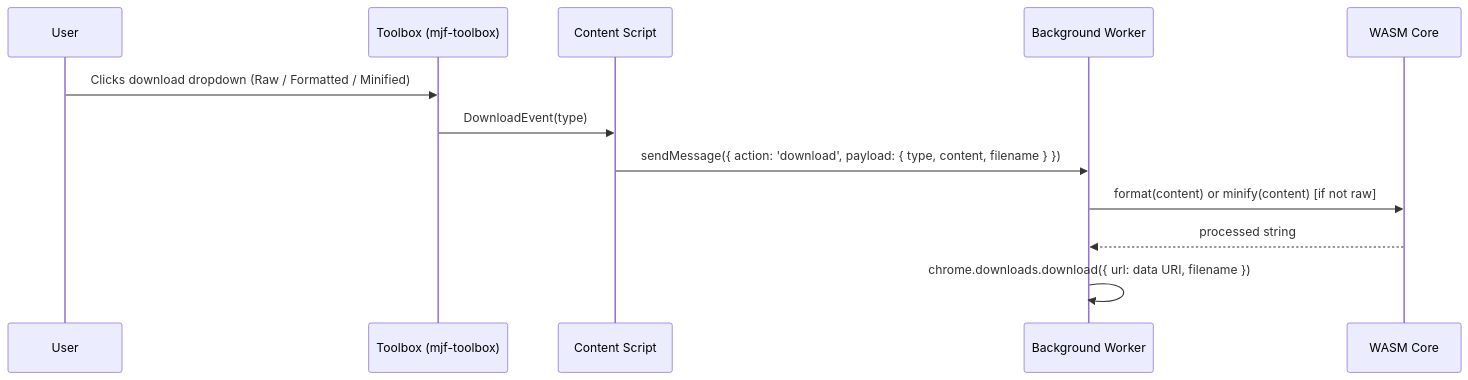
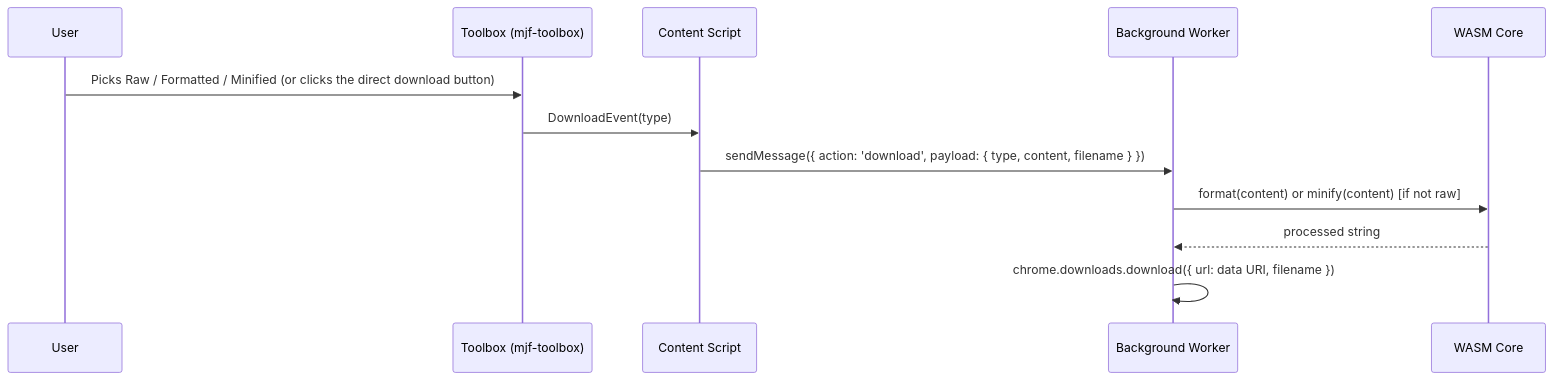
Before and after one commit to evg4b/modern-json-formatter: the fourth of 4 diagrams in CONTRIBUTING.md, drawn with Mermaid. The commit also changed other lines of this file and 20 other files, not shown here.

````diff
--- a/CONTRIBUTING.md
+++ b/CONTRIBUTING.md
@@ -274,14 +298,14 @@
 ```mermaid
 sequenceDiagram
   participant User
   participant TB as Toolbox (mjf-toolbox)
   participant CS as Content Script
   participant BG as Background Worker
   participant Wasm as WASM Core
-  User ->> TB: Clicks download dropdown (Raw / Formatted / Minified)
+  User ->> TB: Picks Raw / Formatted / Minified (or clicks the direct download button)
   TB ->> CS: DownloadEvent(type)
   CS ->> BG: sendMessage({ action: 'download', payload: { type, content, filename } })
   BG ->> Wasm: format(content) or minify(content) [if not raw]
   Wasm -->> BG: processed string
   BG ->> BG: chrome.downloads.download({ url: data URI, filename })
 ```
````
